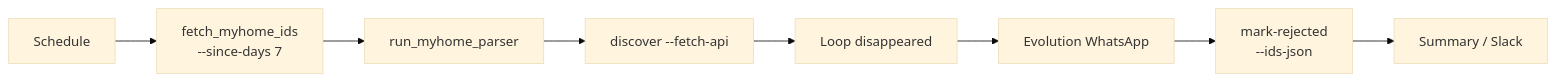
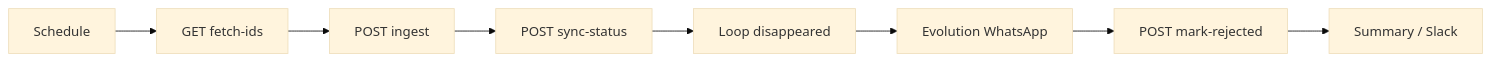
The diagram in docs/n8n_myhome_workflow.md (ruzzo-prog/PropRadar), drawn with Mermaid (base theme) before and after one commit. The commit also changed other lines of this file and 10 other files, not shown here.

````diff
--- a/docs/n8n_myhome_workflow.md
+++ b/docs/n8n_myhome_workflow.md
@@ -40,10 +42,10 @@
 ```mermaid
 flowchart LR
-  T[Schedule] --> S1[fetch_myhome_ids\n--since-days 7]
-  S1 --> S2[run_myhome_parser]
-  S2 --> D[discover --fetch-api]
+  T[Schedule] --> S1[GET fetch-ids]
+  S1 --> S2[POST ingest]
+  S2 --> D[POST sync-status]
   D --> L[Loop disappeared]
   L --> WA[Evolution WhatsApp]
-  WA --> M[mark-rejected\n--ids-json]
+  WA --> M[POST mark-rejected]
   M --> R[Summary / Slack]
 ```
````
